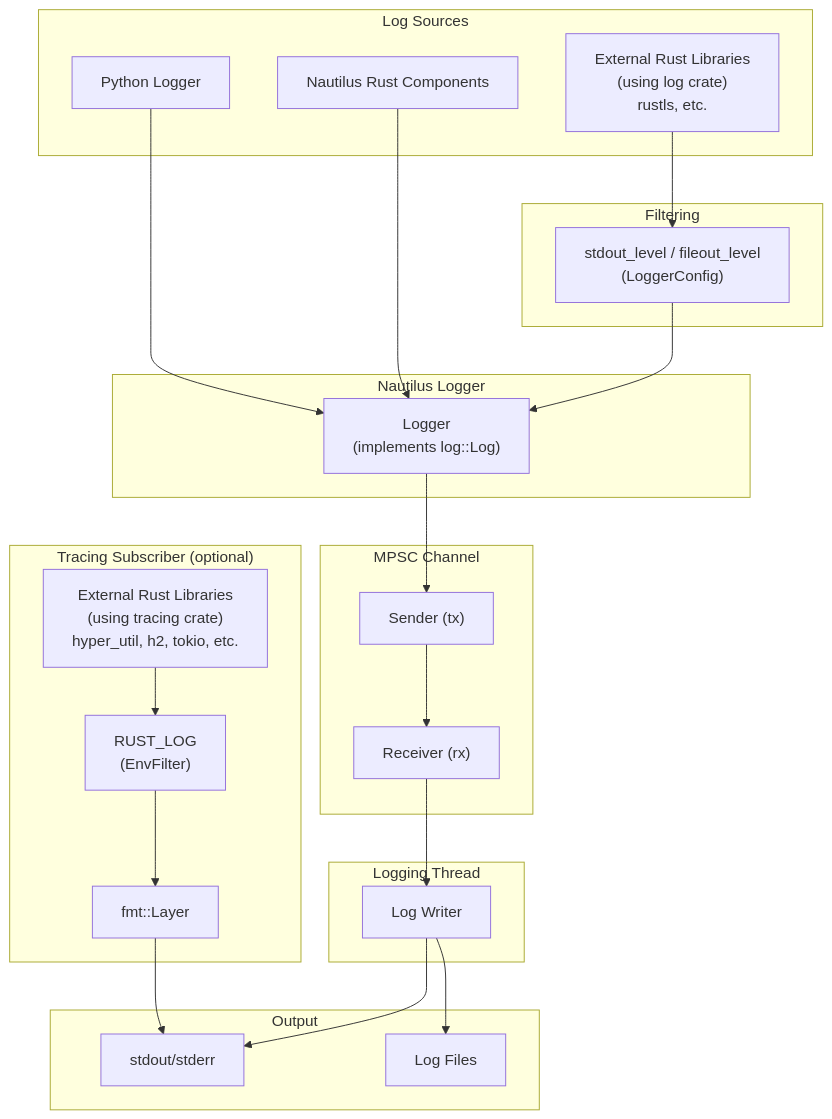
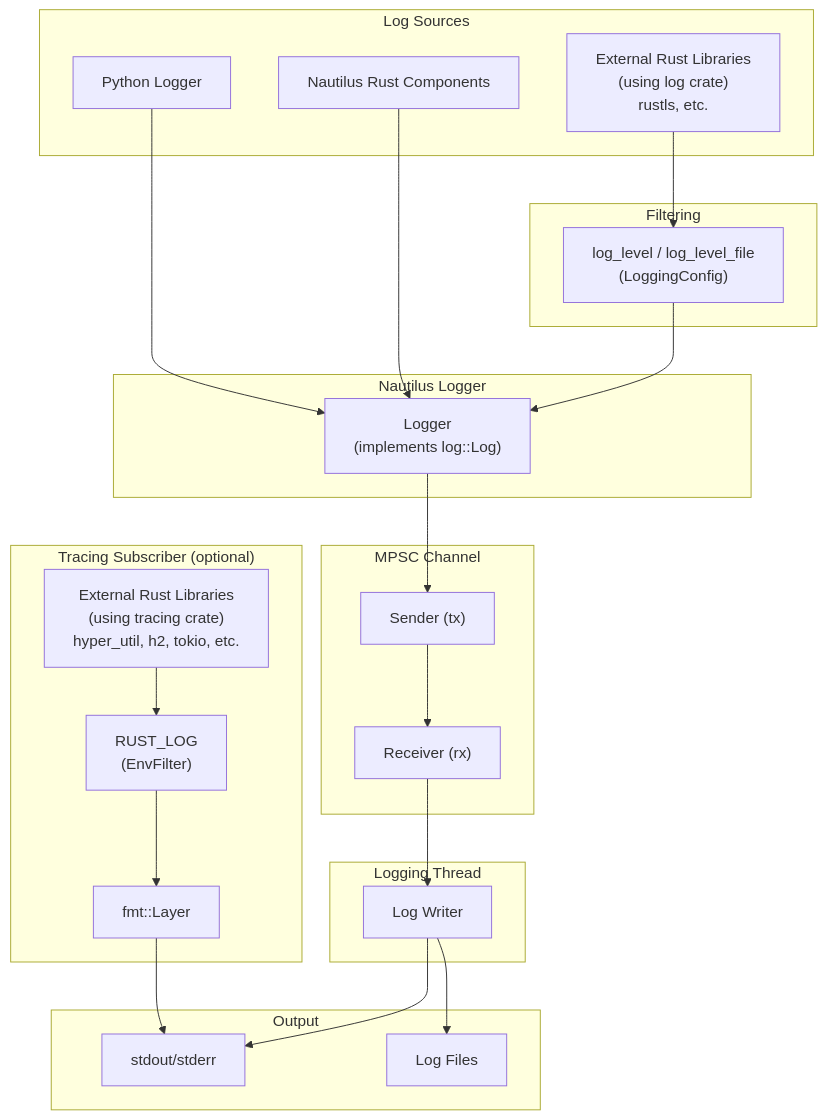
One commit to sbOogway/nautilus_trader changed the diagram in docs/concepts/logging.md. Above: the diagram before and after it, drawn with Mermaid. The commit also changed other lines of this file and 3160 other files, not shown here.

````diff
--- a/docs/concepts/logging.md
+++ b/docs/concepts/logging.md
@@ -22,46 +22,46 @@
 ```mermaid
 flowchart TB
     subgraph Sources["Log Sources"]
         PY["Python Logger"]
         NAUT["Nautilus Rust Components"]
         LOG["External Rust Libraries<br/>(using log crate)<br/>rustls, etc."]
     end
 
     subgraph Filtering["Filtering"]
-        LF["stdout_level / fileout_level<br/>(LoggerConfig)"]
+        LF["log_level / log_level_file<br/>(LoggingConfig)"]
     end
 
     subgraph Logger["Nautilus Logger"]
         NL["Logger<br/>(implements log::Log)"]
     end
 
     subgraph Channel["MPSC Channel"]
         TX["Sender (tx)"]
         RX["Receiver (rx)"]
     end
 
     subgraph Thread["Logging Thread"]
         LT["Log Writer"]
     end
 
     subgraph Output["Output"]
         STDOUT["stdout/stderr"]
         FILE["Log Files"]
     end
 
     PY --> NL
     NAUT --> NL
     LOG --> LF --> NL
 
     NL --> TX --> RX --> LT
     LT --> STDOUT
     LT --> FILE
 
     subgraph Tracing["Tracing Subscriber (optional)"]
         TRACE["External Rust Libraries<br/>(using tracing crate)<br/>hyper_util, h2, tokio, etc."]
         EF["RUST_LOG<br/>(EnvFilter)"]
         FMT["fmt::Layer"]
     end
 
     TRACE --> EF --> FMT --> STDOUT
 ```
````
